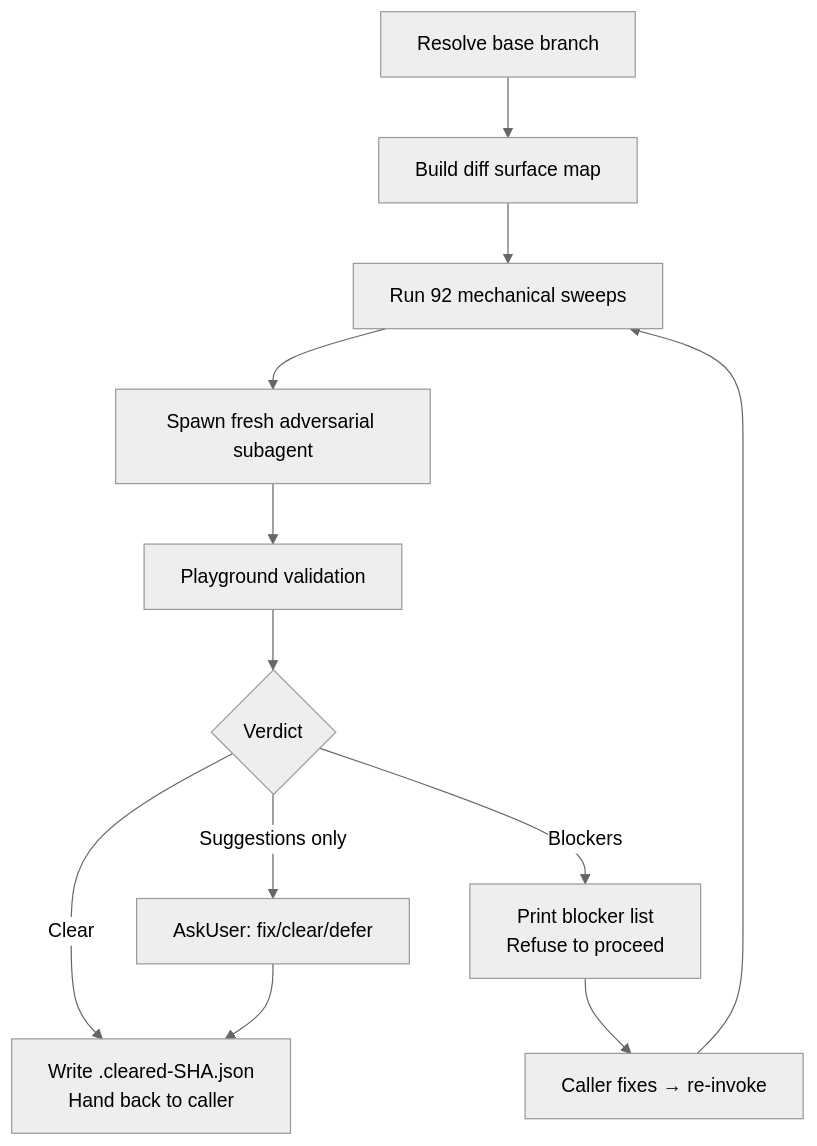
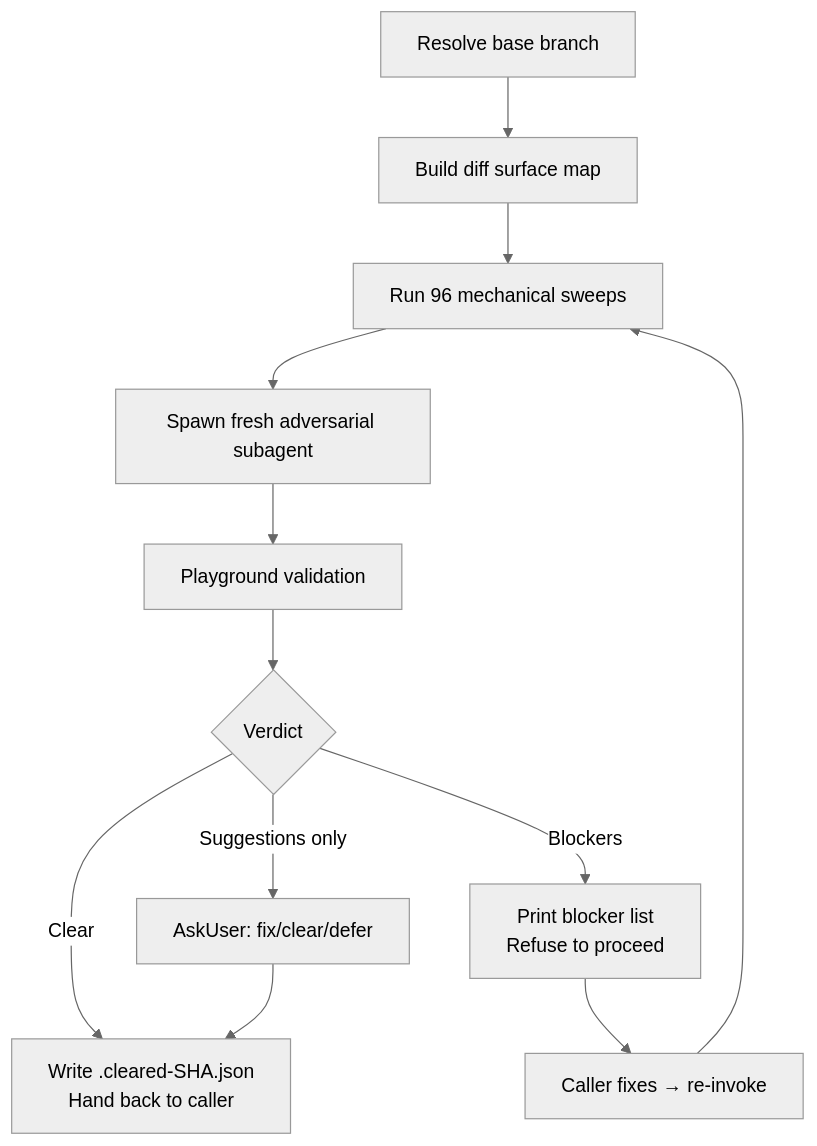
Before and after one commit to whizzzkid/skills: the diagram in skills/adversarial-review/README.md, drawn with Mermaid (neutral theme). The commit also changed other lines of this file and 8 other files, not shown here.

````diff
--- a/skills/adversarial-review/README.md
+++ b/skills/adversarial-review/README.md
@@ -16,14 +16,14 @@
 ```mermaid
 flowchart TD
     A[Resolve base branch] --> B[Build diff surface map]
-    B --> C[Run 92 mechanical sweeps]
+    B --> C[Run 96 mechanical sweeps]
     C --> D[Spawn fresh adversarial subagent]
     D --> E[Playground validation]
     E --> F{Verdict}
     F -->|Clear| G[Write .cleared-SHA.json<br/>Hand back to caller]
     F -->|Blockers| H[Print blocker list<br/>Refuse to proceed]
     F -->|Suggestions only| I[AskUser: fix/clear/defer]
     H --> J[Caller fixes → re-invoke]
     J --> C
     I --> G
 ```
````
